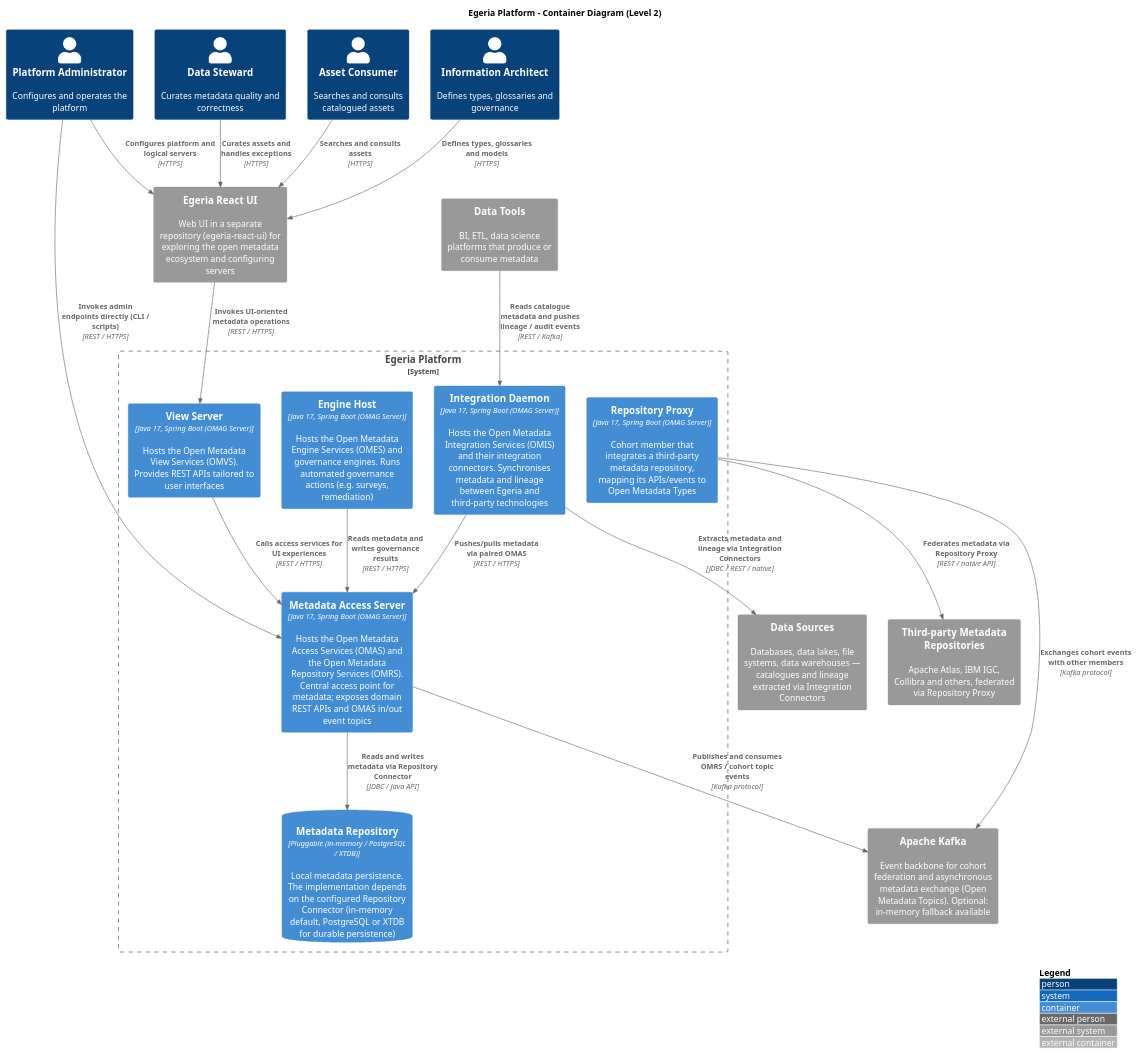
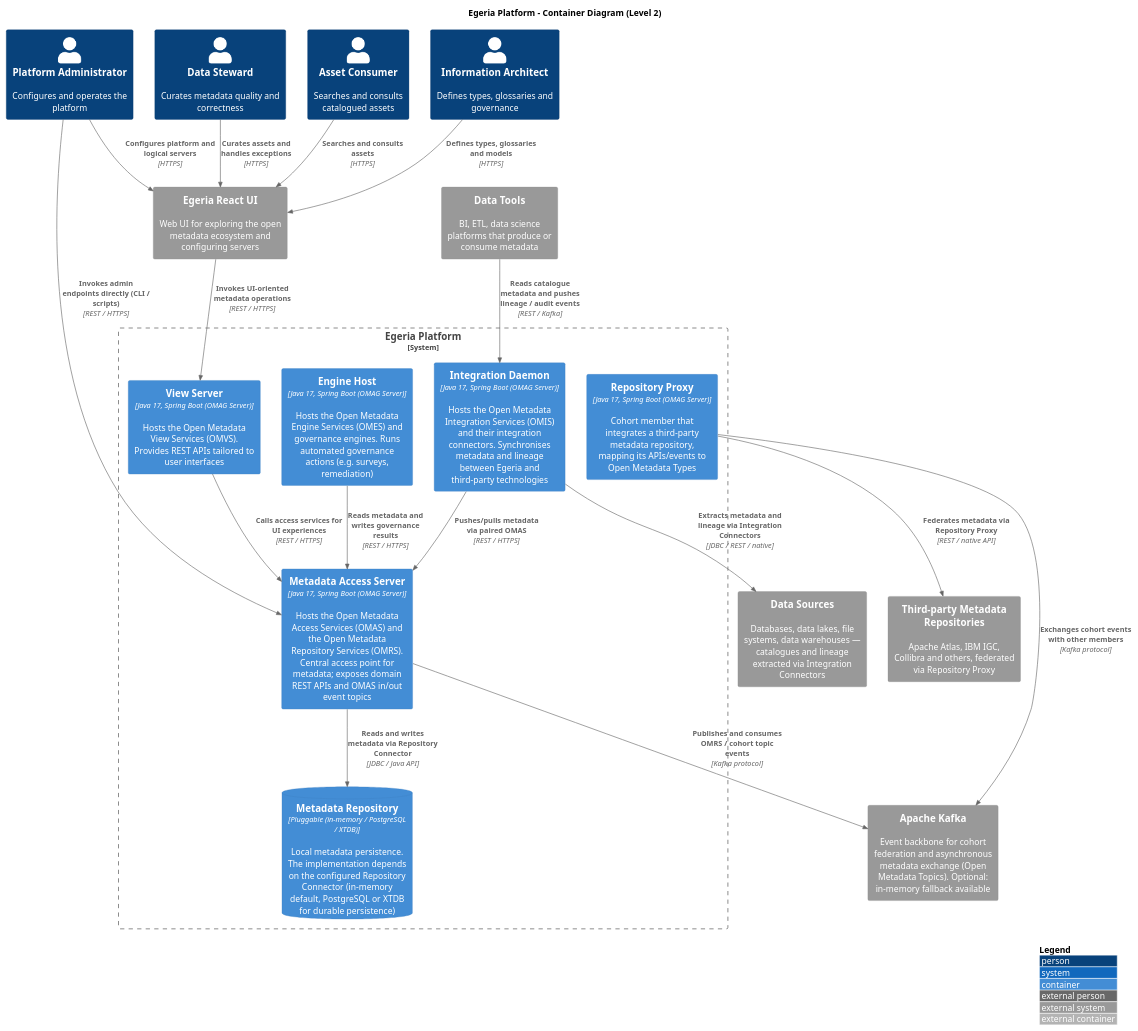
The diagram in diagrams/c4/container.puml (PoliTO-SwDA-2026-Team18/project), drawn with PlantUML before and after one commit. The commit also changed 3 other files, not shown here.

Commit message:
edit: review of context and container c4 diagram after feedback

```diff
--- a/diagrams/c4/container.puml
+++ b/diagrams/c4/container.puml
@@ -1,66 +1,44 @@
 @startuml C4_Container_Egeria
 !include https://raw.githubusercontent.com/plantuml-stdlib/C4-PlantUML/master/C4_Container.puml
 
 LAYOUT_WITH_LEGEND()
 
 title Egeria Platform - Container Diagram (Level 2)
 
-' ' By definitions of the documentation
 Person(architect, "Information Architect", "Defines types, glossaries and governance")
 Person(steward,   "Data Steward",          "Curates metadata quality and correctness")
 Person(consumer,  "Asset Consumer",        "Searches and consults catalogued assets")
 Person(admin,     "Platform Administrator","Configures and operates the platform")
 
 System_Boundary(egeria, "Egeria Platform") {
     Container(mas, "Metadata Access Server", "Java 17, Spring Boot (OMAG Server)", "Hosts the Open Metadata Access Services (OMAS) and the Open Metadata Repository Services (OMRS). Central access point for metadata; exposes domain REST APIs and OMAS in/out event topics")
-    ' TODO: ask fot level of specificity
-
-
-    ' TODO: ask if it's ok to have the logical servers instead of one single (physical) one
     Container(intd, "Integration Daemon", "Java 17, Spring Boot (OMAG Server)", "Hosts the Open Metadata Integration Services (OMIS) and their integration connectors. Synchronises metadata and lineage between Egeria and third-party technologies")
-
     Container(engine, "Engine Host", "Java 17, Spring Boot (OMAG Server)", "Hosts the Open Metadata Engine Services (OMES) and governance engines. Runs automated governance actions (e.g. surveys, remediation)")
-
     Container(view, "View Server", "Java 17, Spring Boot (OMAG Server)", "Hosts the Open Metadata View Services (OMVS). Provides REST APIs tailored to user interfaces")
-
     Container(proxy, "Repository Proxy", "Java 17, Spring Boot (OMAG Server)", "Cohort member that integrates a third-party metadata repository, mapping its APIs/events to Open Metadata Types")
-
     ContainerDb(metadataStore, "Metadata Repository", "Pluggable (in-memory / PostgreSQL / XTDB)", "Local metadata persistence. The implementation depends on the configured Repository Connector (in-memory default, PostgreSQL or XTDB for durable persistence)")
 }
 
-' TODO: ask if the UI has to be considered (it's in a different github repo but at the beginning was part of this repo)
-System_Ext(ui,            "Egeria React UI",                  "Web UI in a separate repository (egeria-react-ui) for exploring the open metadata ecosystem and configuring servers")
+System_Ext(ui,            "Egeria React UI", "Web UI for exploring the open metadata ecosystem and configuring servers")
 System_Ext(kafka,         "Apache Kafka",                     "Event backbone for cohort federation and asynchronous metadata exchange (Open Metadata Topics). Optional: in-memory fallback available")
 System_Ext(thirdPartyRepo,"Third-party Metadata Repositories","Apache Atlas, IBM IGC, Collibra and others, federated via Repository Proxy")
 System_Ext(dataSources,   "Data Sources",                     "Databases, data lakes, file systems, data warehouses — catalogues and lineage extracted via Integration Connectors")
 System_Ext(externalTools, "Data Tools",                       "BI, ETL, data science platforms that produce or consume metadata")
 
 Rel(architect, ui,   "Defines types, glossaries and models",                "HTTPS")
 Rel(steward,   ui,   "Curates assets and handles exceptions",               "HTTPS")
 Rel(consumer,  ui,   "Searches and consults assets",                        "HTTPS")
 Rel(admin,     ui,   "Configures platform and logical servers",             "HTTPS")
 Rel(ui,        view, "Invokes UI-oriented metadata operations",             "REST / HTTPS")
 Rel(admin,     mas,  "Invokes admin endpoints directly (CLI / scripts)",    "REST / HTTPS")
 Rel(view, mas, "Calls access services for UI experiences", "REST / HTTPS")
 Rel(intd,   mas, "Pushes/pulls metadata via paired OMAS",        "REST / HTTPS")
 Rel(engine, mas, "Reads metadata and writes governance results", "REST / HTTPS")
 Rel(mas,   metadataStore, "Reads and writes metadata via Repository Connector", "JDBC / Java API")
 Rel(mas,   kafka,         "Publishes and consumes OMRS / cohort topic events",  "Kafka protocol")
 Rel(proxy, kafka,         "Exchanges cohort events with other members",         "Kafka protocol")
-
 Rel(proxy,  thirdPartyRepo, "Federates metadata via Repository Proxy",                  "REST / native API")
 Rel(intd,   dataSources,    "Extracts metadata and lineage via Integration Connectors", "JDBC / REST / native")
 Rel(externalTools, intd,  "Reads catalogue metadata and pushes lineage / audit events", "REST / Kafka")
-' TODO: arrow direction: external tools actively call egeria's api to query catalogue metadata
-' egeria polls the tools and synchronise metadata
-
-' NOTE: each logical OMAG Server (Metadata Access, Integration Daemon, Engine Host, View Server, Repository Proxy) is modelled 
-' as a separate container, reflecting the production-style distributed deployment where each server type runs on its own 
-' OMAG Server Platform. Within a single platform they would instead share one JVM process; that single-process scenario is 
-' out of scope here.
-
-' The Repository Connector implementation is one of several pluggable options (in-memory default for test; PostgreSQL or 
-' XTDB for durable persistence). Federation of third-party repositories is handled separately via the Repository Proxy (see 
-' arrow to third-party metadata repositories).
 
 @enduml
```
